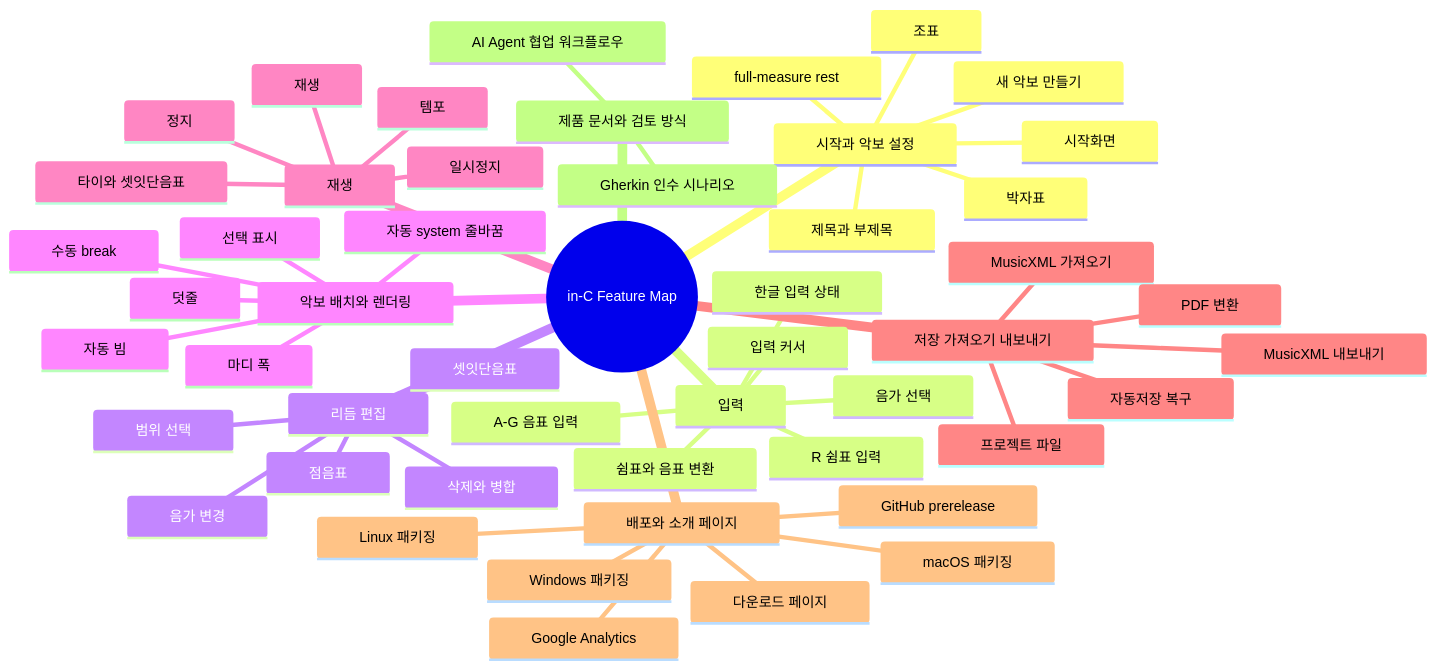
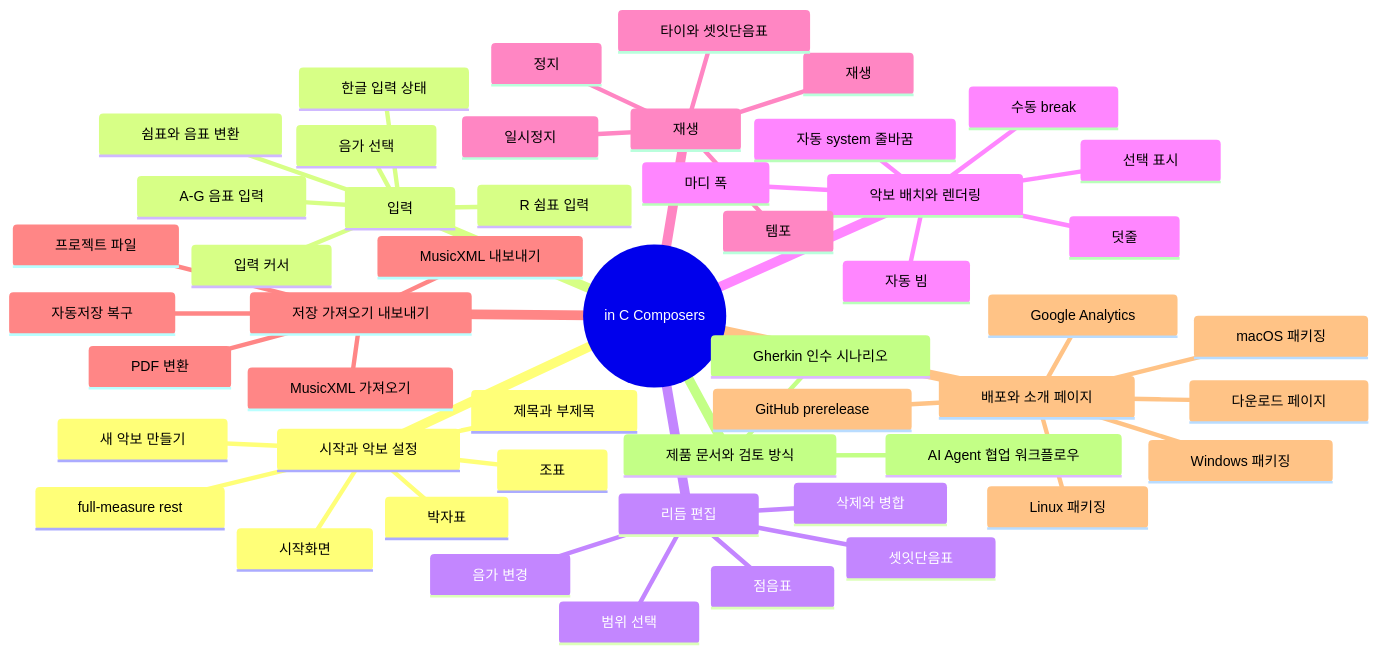
The diagram in docs/product/feature-map.md (mann-lab-apps/in-c), drawn with Mermaid before and after one commit.

Commit message:
Rename feature map root node

````diff
--- a/docs/product/feature-map.md
+++ b/docs/product/feature-map.md
@@ -10,54 +10,54 @@
 ```mermaid
 %%{init: {"mindmap": {"useMaxWidth": false, "padding": 24, "maxNodeWidth": 280}}}%%
 mindmap
-  root((in-C Feature Map))
+  root((in C Composers))
     시작과 악보 설정
       시작화면
       새 악보 만들기
       제목과 부제목
       박자표
       조표
       full-measure rest
     입력
       음가 선택
       A-G 음표 입력
       쉼표와 음표 변환
       R 쉼표 입력
       입력 커서
       한글 입력 상태
     리듬 편집
       음가 변경
       삭제와 병합
       점음표
       셋잇단음표
       범위 선택
     악보 배치와 렌더링
       자동 system 줄바꿈
       마디 폭
       자동 빔
       덧줄
       선택 표시
       수동 break
     재생
       재생
       일시정지
       정지
       템포
       타이와 셋잇단음표
     저장 가져오기 내보내기
       MusicXML 가져오기
       MusicXML 내보내기
       PDF 변환
       자동저장 복구
       프로젝트 파일
     배포와 소개 페이지
       GitHub prerelease
       macOS 패키징
       Windows 패키징
       Linux 패키징
       다운로드 페이지
       Google Analytics
     제품 문서와 검토 방식
       Gherkin 인수 시나리오
       AI Agent 협업 워크플로우
 ```
````
